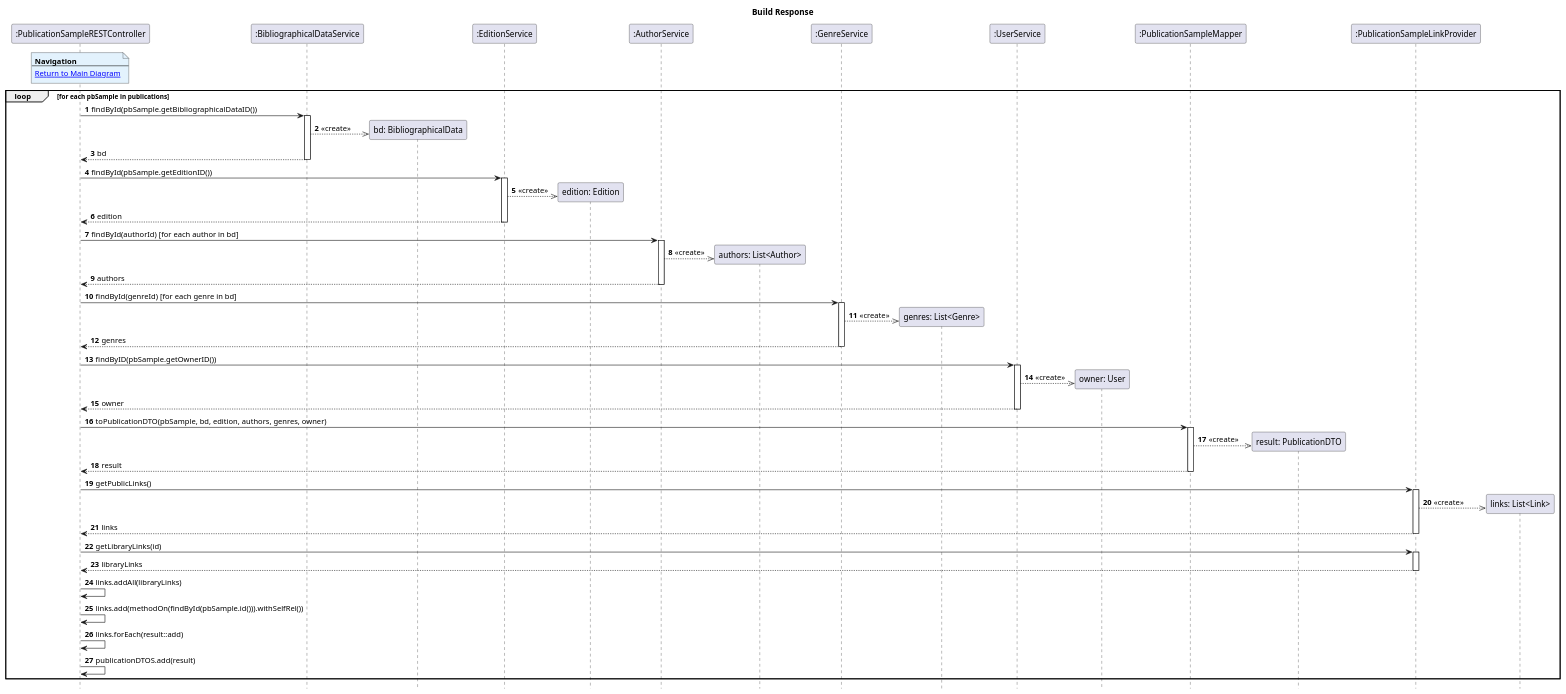
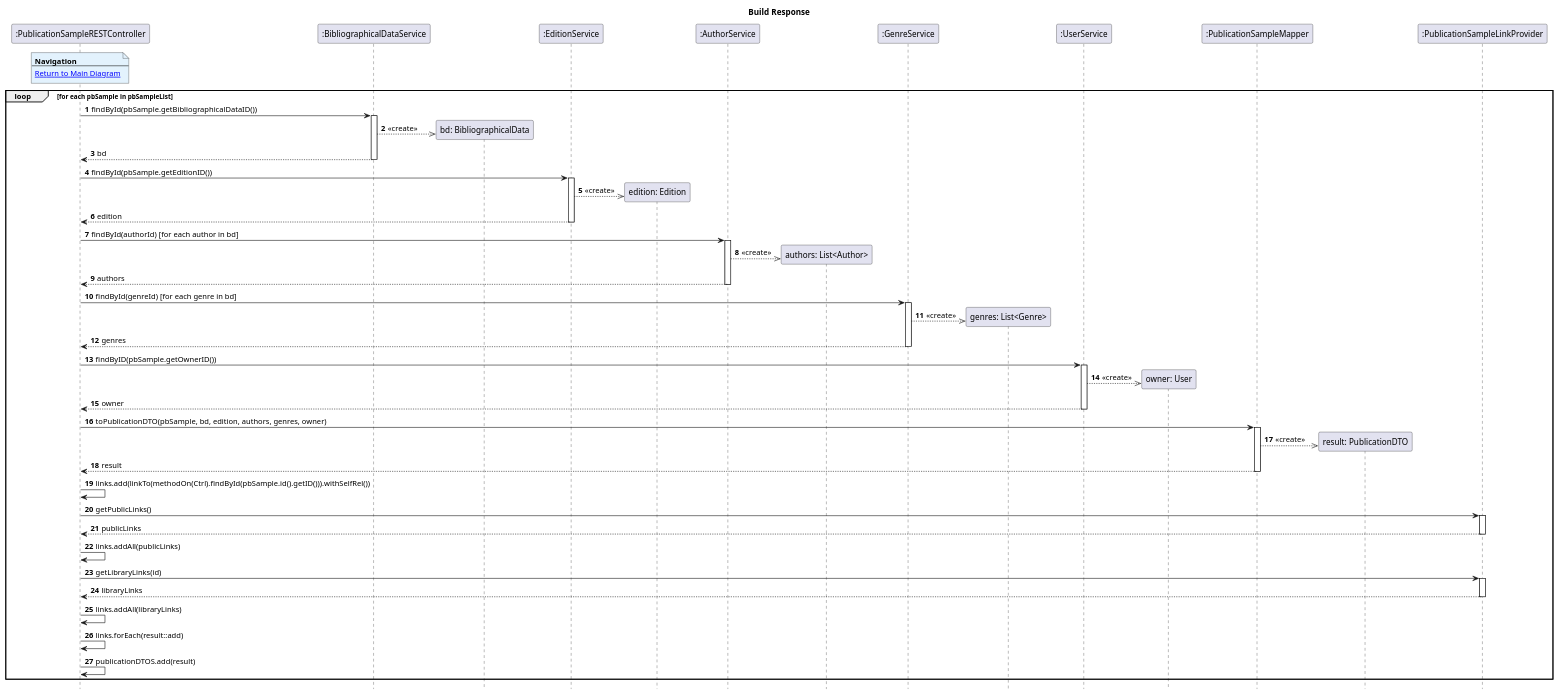
The diagram in Diagrams/SequenceDiagrams/N2/To-Get-List-Of-Publications-In-My-Library/REST/3_BuildResponse.puml (AndrePereiraGitH/SWitCH-Project-Team_A), drawn with PlantUML before and after one commit. The commit also changed 3 other files, not shown here.

Commit message:
docs #953: align REST sequence diagrams with OPTIONS endpoints and current controller code

```diff
--- a/Diagrams/SequenceDiagrams/N2/To-Get-List-Of-Publications-In-My-Library/REST/3_BuildResponse.puml
+++ b/Diagrams/SequenceDiagrams/N2/To-Get-List-Of-Publications-In-My-Library/REST/3_BuildResponse.puml
@@ -1,84 +1,85 @@
 @startuml
 autonumber
 hide footbox
 title Build Response
 
 participant ":PublicationSampleRESTController" as Ctrl
 participant ":BibliographicalDataService" as BDService
 participant "bd: BibliographicalData" as bd
 participant ":EditionService" as EditionService
 participant "edition: Edition" as edition
 participant ":AuthorService" as AuthorService
 participant "authors: List<Author>" as authors
 participant ":GenreService" as GenreService
 participant "genres: List<Genre>" as genres
 participant ":UserService" as UserService
 participant "owner: User" as owner
 participant ":PublicationSampleMapper" as Mapper
-participant "result: PublicationDTO" as pubDTO
+participant "result: PublicationDTO" as result
 participant ":PublicationSampleLinkProvider" as LinkProvider
-participant "links: List<Link>" as links
 
 note over Ctrl #E3F2FD
 <b>Navigation</b>
 ---
 [[1_MainDiagram.puml Return to Main Diagram]]
 end note
 
-loop for each pbSample in publications
+loop for each pbSample in pbSampleList
 
     Ctrl -> BDService : findById(pbSample.getBibliographicalDataID())
     activate BDService
     BDService -->> bd ** : <<create>>
     BDService --> Ctrl : bd
     deactivate BDService
 
     Ctrl -> EditionService : findById(pbSample.getEditionID())
     activate EditionService
     EditionService -->> edition ** : <<create>>
     EditionService --> Ctrl : edition
     deactivate EditionService
 
     Ctrl -> AuthorService : findById(authorId) [for each author in bd]
     activate AuthorService
     AuthorService -->> authors ** : <<create>>
     AuthorService --> Ctrl : authors
     deactivate AuthorService
 
     Ctrl -> GenreService : findById(genreId) [for each genre in bd]
     activate GenreService
     GenreService -->> genres ** : <<create>>
     GenreService --> Ctrl : genres
     deactivate GenreService
 
     Ctrl -> UserService : findByID(pbSample.getOwnerID())
     activate UserService
     UserService -->> owner ** : <<create>>
     UserService --> Ctrl : owner
     deactivate UserService
 
     Ctrl -> Mapper : toPublicationDTO(pbSample, bd, edition, authors, genres, owner)
     activate Mapper
-    Mapper -->> pubDTO ** : <<create>>
+    Mapper -->> result ** : <<create>>
     Mapper --> Ctrl : result
     deactivate Mapper
 
+    Ctrl -> Ctrl : links.add(linkTo(methodOn(Ctrl).findById(pbSample.id().getID())).withSelfRel())
+
     Ctrl -> LinkProvider : getPublicLinks()
     activate LinkProvider
-    LinkProvider -->> links ** : <<create>>
-    LinkProvider --> Ctrl : links
+    LinkProvider --> Ctrl : publicLinks
     deactivate LinkProvider
+
+    Ctrl -> Ctrl : links.addAll(publicLinks)
 
     Ctrl -> LinkProvider : getLibraryLinks(id)
     activate LinkProvider
     LinkProvider --> Ctrl : libraryLinks
     deactivate LinkProvider
 
     Ctrl -> Ctrl : links.addAll(libraryLinks)
-    Ctrl -> Ctrl : links.add(methodOn(findById(pbSample.id())).withSelfRel())
     Ctrl -> Ctrl : links.forEach(result::add)
     Ctrl -> Ctrl : publicationDTOS.add(result)
 
 end
 
 @enduml
```
